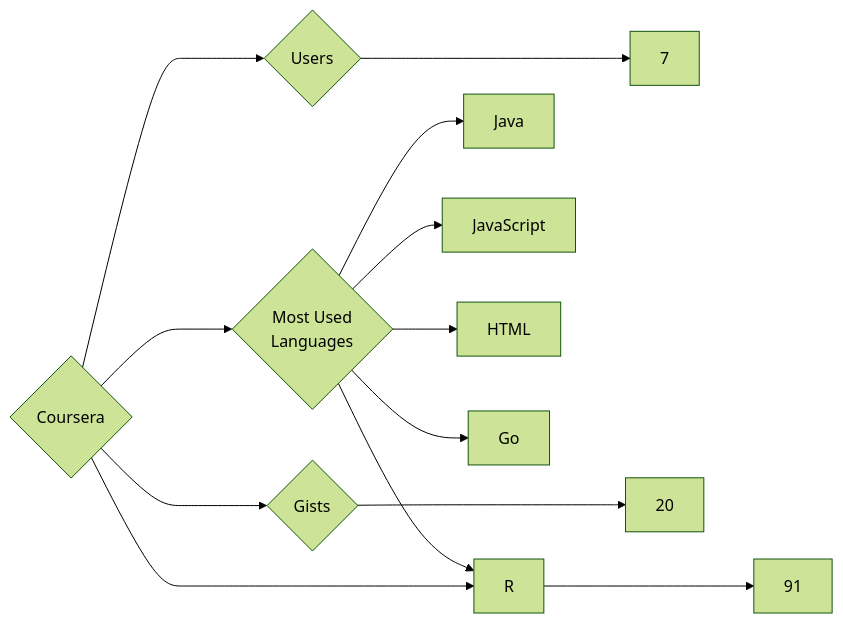
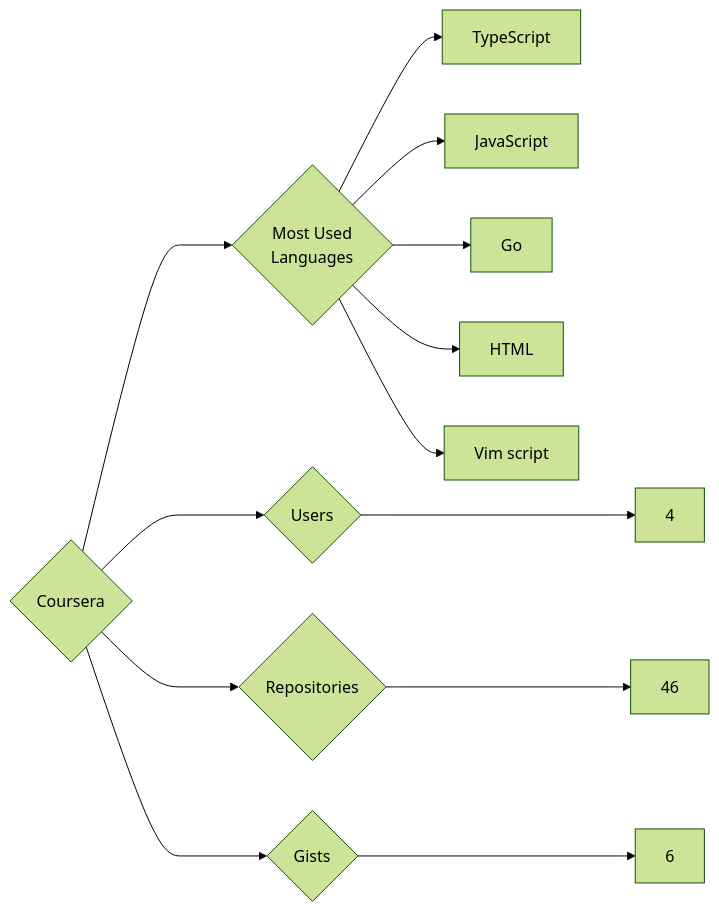
Before and after one commit to trickest/insiders: the diagram in targets/Coursera/README.md, drawn with Mermaid (forest theme). The commit also changed 951 other files, not shown here.

````diff
--- a/targets/Coursera/README.md
+++ b/targets/Coursera/README.md
@@ -3,13 +3,13 @@
 ```mermaid
 graph LR
 COMPANY_NAME{Coursera}
-COMPANY_NAME ---> U{Users} ---> UN[7]
-COMPANY_NAME ---> R{Repositories} ---> RN[91]
-COMPANY_NAME ---> G{Gists} ---> GN[20]
+COMPANY_NAME ---> U{Users} ---> UN[4]
+COMPANY_NAME ---> R{Repositories} ---> RN[46]
+COMPANY_NAME ---> G{Gists} ---> GN[6]
 COMPANY_NAME ---> ML{Most Used<br>Languages}
-ML --> Java[Java]
+ML --> TypeScript[TypeScript]
 ML --> JavaScript[JavaScript]
+ML --> Go[Go]
 ML --> HTML[HTML]
-ML --> R[R]
-ML --> Go[Go]
+ML --> Vim_script[Vim script]
 ```
````
